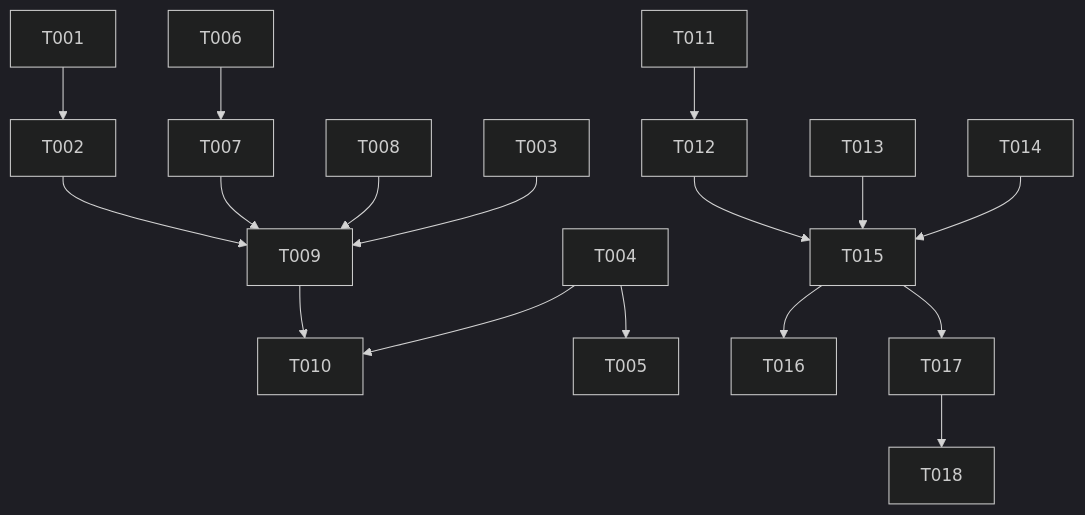
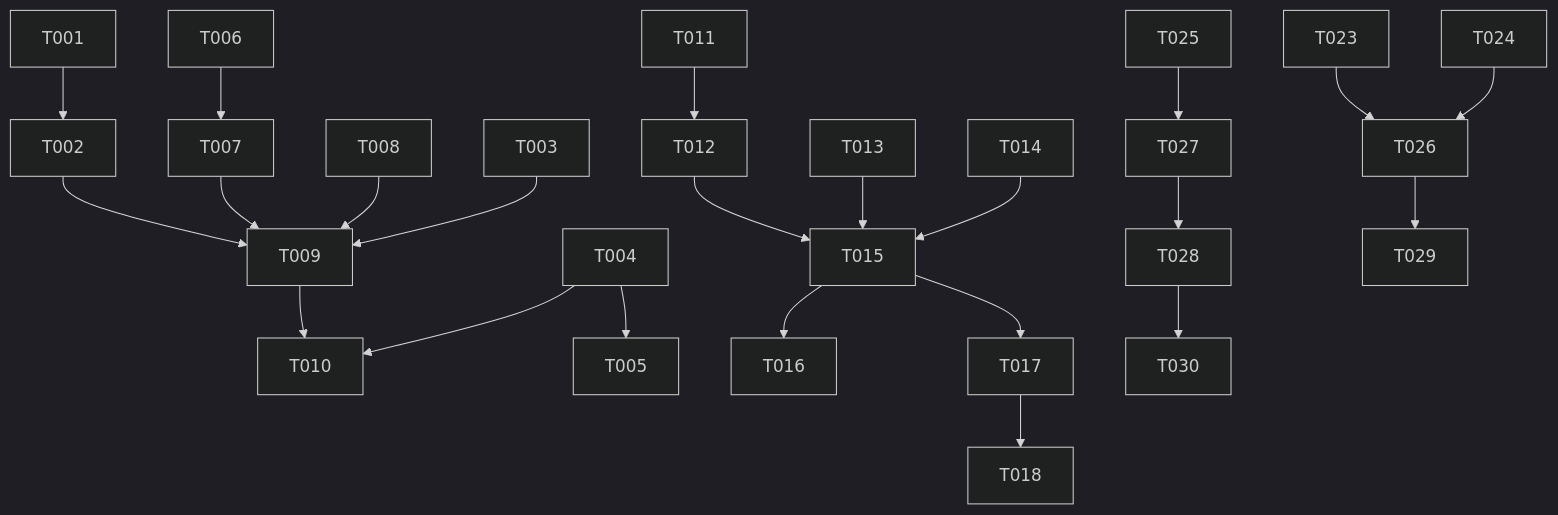
One commit to Arid3n/recursos-humanos-IW changed the diagram in specs/spec-006/tasks.md. Above: the diagram before and after it, drawn with Mermaid (dark theme). The commit also changed other lines of this file and 14 other files, not shown here.

````diff
--- a/specs/spec-006/tasks.md
+++ b/specs/spec-006/tasks.md
@@ -104,13 +144,18 @@
 ```mermaid
 graph TD
     T001 --> T002 --> T009
     T006 --> T007 --> T009
     T008 --> T009 --> T010
     T003 --> T009
     T004 --> T010
     T004 --> T005
     T011 --> T012 --> T015
     T013 --> T015
     T014 --> T015 --> T016
     T015 --> T017 --> T018
+    T023 --> T026
+    T024 --> T026
+    T025 --> T027 --> T028
+    T026 --> T029
+    T028 --> T030
 ```
````
